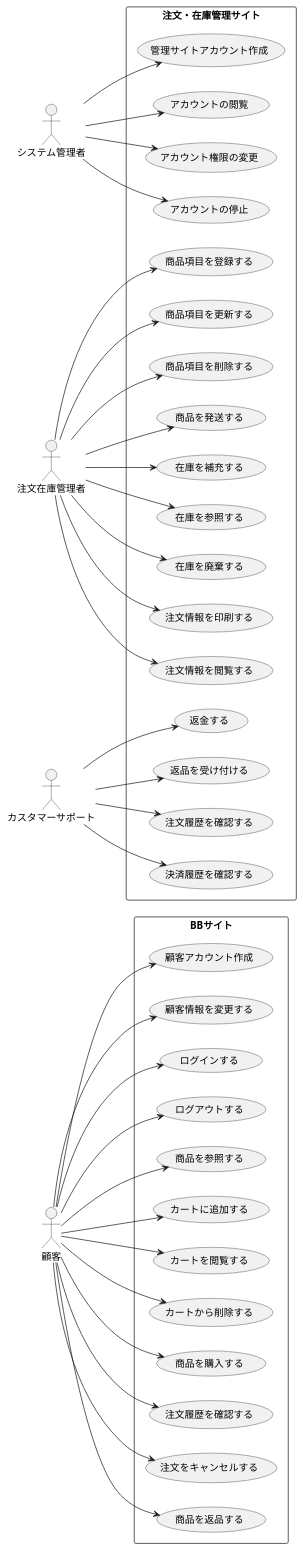
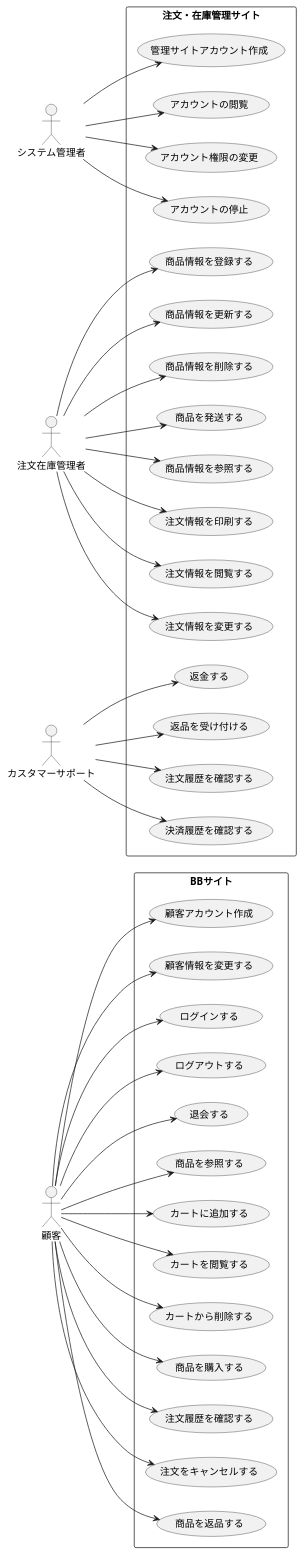
Before and after one commit to FujikawaHirono0520/group3_1_dogdog: the diagram in BB/usecase.pu, drawn with PlantUML.

Commit message:
【変更】在庫関連の統合、退会、注文変更の追加

```diff
--- a/BB/usecase.pu
+++ b/BB/usecase.pu
@@ -1,79 +1,79 @@
 @startuml BB注文管理システムユースケース図
 left to right direction
 actor 顧客 as U
 
 actor システム管理者 as M
 
 actor 注文在庫管理者 as SM
 
 actor カスタマーサポート as CS
 
 rectangle BBサイト {
   usecase "顧客アカウント作成" as UC1
   usecase "顧客情報を変更する" as UC2
   usecase "ログインする" as UC3
   usecase "ログアウトする" as UC4
-  usecase "商品を参照する" as UC5
-  usecase "カートに追加する" as UC6
-  usecase "カートを閲覧する" as UC7
-  usecase "カートから削除する" as UC8
-  usecase "商品を購入する" as UC9
-  usecase "注文履歴を確認する" as UC10
-  usecase "注文をキャンセルする" as UC11
-  usecase "商品を返品する" as UC12
+  usecase "退会する" as UC5
+  usecase "商品を参照する" as UC6
+  usecase "カートに追加する" as UC7
+  usecase "カートを閲覧する" as UC8
+  usecase "カートから削除する" as UC9
+  usecase "商品を購入する" as UC10
+  usecase "注文履歴を確認する" as UC11
+  usecase "注文をキャンセルする" as UC12
+  usecase "商品を返品する" as UC13
 }
 
 rectangle 注文・在庫管理サイト {
-  usecase "管理サイトアカウント作成" as UC13
-  usecase "アカウントの閲覧" as UC14
-  usecase "アカウント権限の変更" as UC15
-  usecase "アカウントの停止" as UC16
-  usecase "商品項目を登録する" as UC17
-  usecase "商品項目を更新する" as UC18
-  usecase "商品項目を削除する" as UC19
-  usecase "商品を発送する" as UC20
-  usecase "在庫を補充する" as UC21
-  usecase "在庫を参照する" as UC22
-  usecase "在庫を廃棄する" as UC23
-  usecase "注文情報を印刷する" as UC24
-  usecase "注文情報を閲覧する" as UC25
+  usecase "管理サイトアカウント作成" as UC14
+  usecase "アカウントの閲覧" as UC15
+  usecase "アカウント権限の変更" as UC16
+  usecase "アカウントの停止" as UC17
+  usecase "商品情報を登録する" as UC18
+  usecase "商品情報を更新する" as UC19
+  usecase "商品情報を削除する" as UC20
+  usecase "商品を発送する" as UC21
+  usecase "商品情報を参照する" as UC22
+  usecase "注文情報を印刷する" as UC23
+  usecase "注文情報を閲覧する" as UC24
+  usecase "注文情報を変更する" as UC25
   usecase "返金する" as UC26
   usecase "返品を受け付ける" as UC27
   usecase "注文履歴を確認する" as UC28
   usecase "決済履歴を確認する" as UC29
 }
 
 U --> UC1
 U --> UC2
 U --> UC3
 U --> UC4
 U --> UC5
 U --> UC6
 U --> UC7
 U --> UC8
 U --> UC9
 U --> UC10
 U --> UC11
 U --> UC12
+U --> UC13
 
-M --> UC13
 M --> UC14
 M --> UC15
 M --> UC16
+M --> UC17
 
-SM --> UC17
 SM --> UC18
 SM --> UC19
 SM --> UC20
 SM --> UC21
 SM --> UC22
 SM --> UC23
 SM --> UC24
 SM --> UC25
 
 CS --> UC26
 CS --> UC27
 CS --> UC28
 CS --> UC29
 
 @enduml
```
